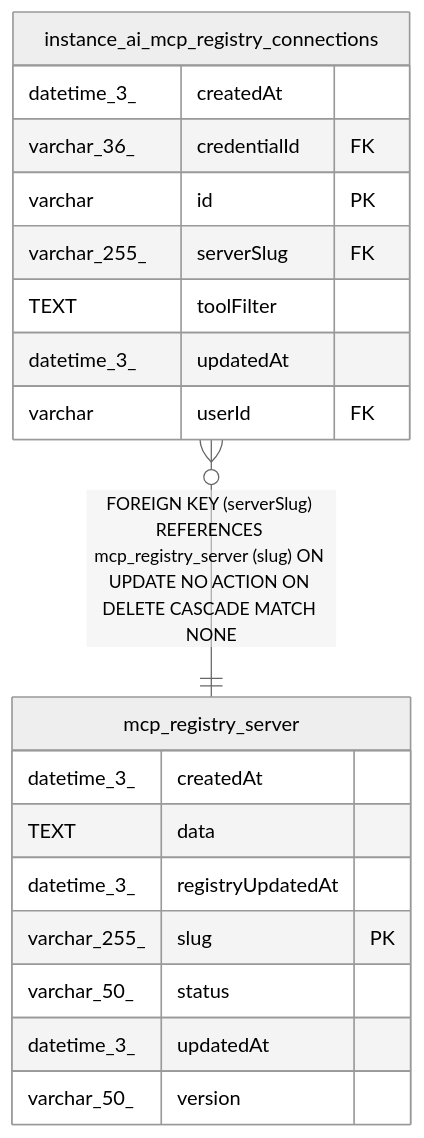
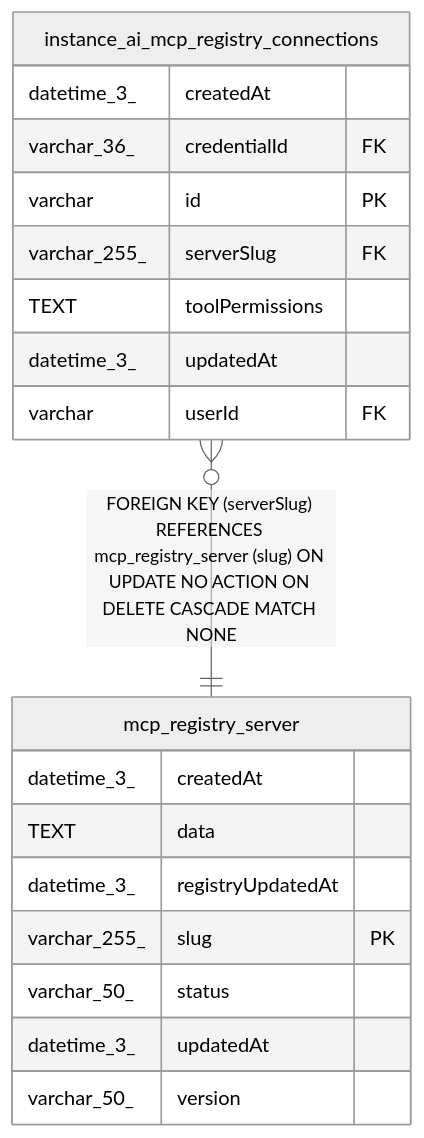
The diagram in n8n_integration/n8n_source/docs/generated/sqlite-schema/mcp_registry_server.md (koreatest12/studys), drawn with Mermaid (neutral theme) before and after one commit. The commit also changed 23019 other files, not shown here.

````diff
--- a/n8n_integration/n8n_source/docs/generated/sqlite-schema/mcp_registry_server.md
+++ b/n8n_integration/n8n_source/docs/generated/sqlite-schema/mcp_registry_server.md
@@ -42,24 +42,24 @@
 ```mermaid
 erDiagram
 
 "instance_ai_mcp_registry_connections" }o--|| "mcp_registry_server" : "FOREIGN KEY (serverSlug) REFERENCES mcp_registry_server (slug) ON UPDATE NO ACTION ON DELETE CASCADE MATCH NONE"
 
 "mcp_registry_server" {
   datetime_3_ createdAt
   TEXT data
   datetime_3_ registryUpdatedAt
   varchar_255_ slug PK
   varchar_50_ status
   datetime_3_ updatedAt
   varchar_50_ version
 }
 "instance_ai_mcp_registry_connections" {
   datetime_3_ createdAt
   varchar_36_ credentialId FK
   varchar id PK
   varchar_255_ serverSlug FK
-  TEXT toolFilter
+  TEXT toolPermissions
   datetime_3_ updatedAt
   varchar userId FK
 }
 ```
````
